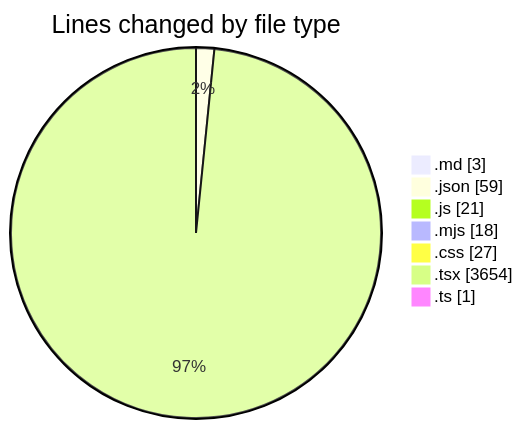
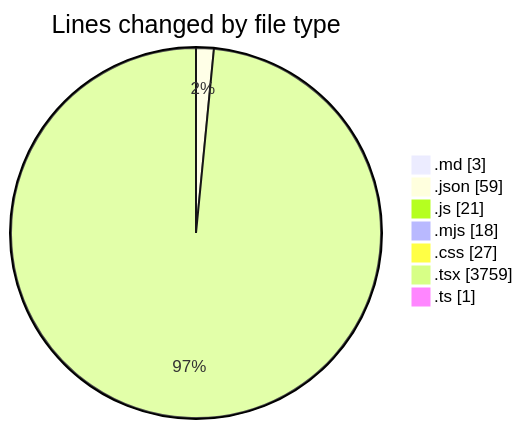
The first of 2 diagrams in 2025-06-18/scopesketch-app/README.md (Ritupan-Deka/code-tracking), drawn with Mermaid before and after one commit. The commit also changed other lines of this file and 1 other file, not shown here.

````diff
--- a/2025-06-18/scopesketch-app/README.md
+++ b/2025-06-18/scopesketch-app/README.md
@@ -28,11 +29,11 @@
 ```mermaid
 pie showData
 title Lines changed by file type
 ".md" : 3
 ".json" : 59
 ".js" : 21
 ".mjs" : 18
 ".css" : 27
-".tsx" : 3654
+".tsx" : 3759
 ".ts" : 1
 ```
````
